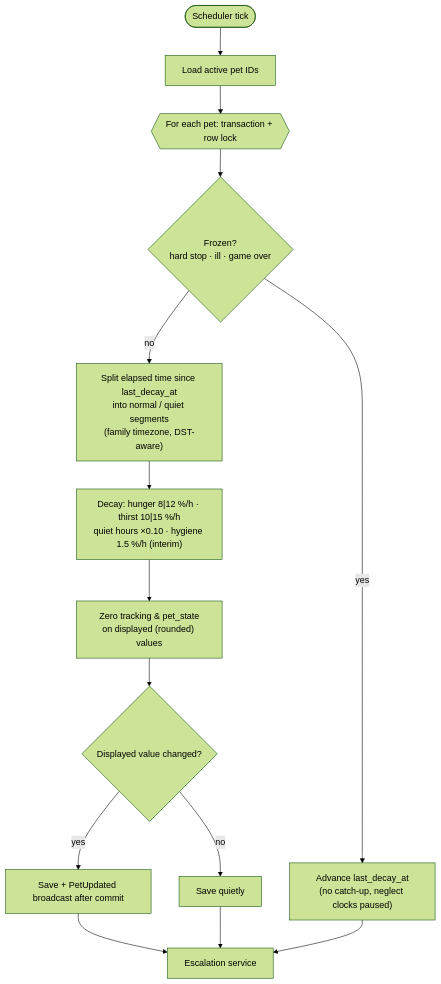
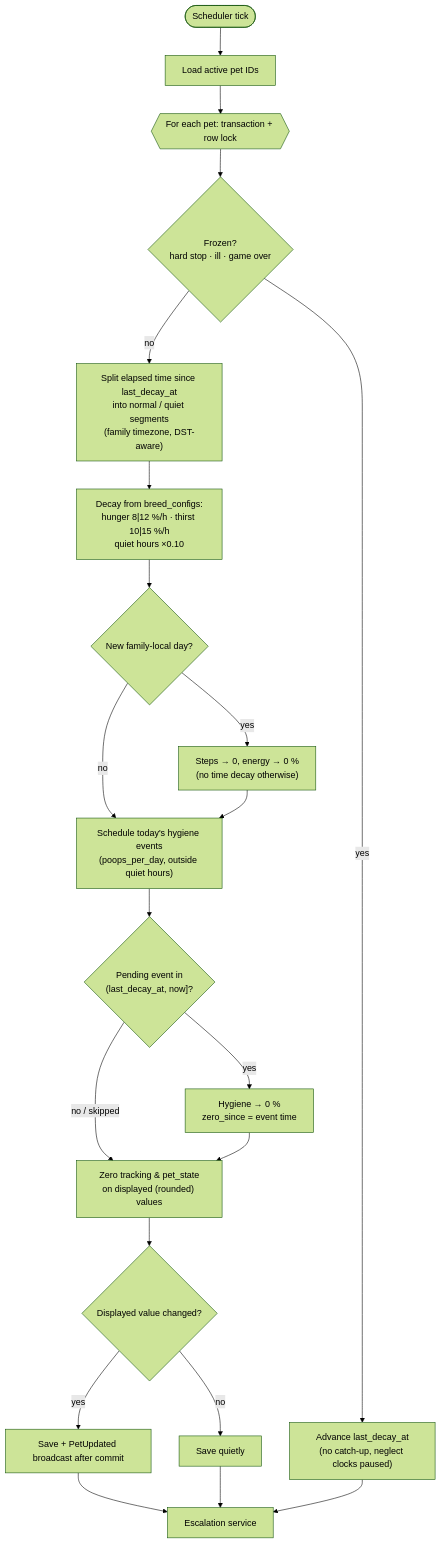
One commit to DataVallis/pet-prep changed the third of 7 diagrams in docs/engineering/DIAGRAMS.md. Above: the diagram before and after it, drawn with Mermaid (forest theme). The commit also changed other lines of this file and 8 other files, not shown here.

First line of the commit message:
docs: energy, hygiene events and breed tunables; open questions on illness loop [M1-04, M1-05, M1-06]

````diff
--- a/docs/engineering/DIAGRAMS.md
+++ b/docs/engineering/DIAGRAMS.md
@@ -71,16 +71,23 @@
 ```mermaid
 flowchart TD
   T([Scheduler tick]) --> IDS[Load active pet IDs]
   IDS --> L{{For each pet: transaction + row lock}}
   L --> F{Frozen?<br/>hard stop · ill · game over}
   F -- yes --> FC["Advance last_decay_at<br/>(no catch-up, neglect clocks paused)"]
   F -- no --> SEG["Split elapsed time since last_decay_at<br/>into normal / quiet segments<br/>(family timezone, DST-aware)"]
-  SEG --> D["Decay: hunger 8|12 %/h · thirst 10|15 %/h<br/>quiet hours ×0.10 · hygiene 1.5 %/h (interim)"]
-  D --> Z["Zero tracking & pet_state<br/>on displayed (rounded) values"]
+  SEG --> D["Decay from breed_configs:<br/>hunger 8|12 %/h · thirst 10|15 %/h<br/>quiet hours ×0.10"]
+  D --> MN{"New family-local day?"}
+  MN -- yes --> RS["Steps → 0, energy → 0 %<br/>(no time decay otherwise)"]
+  MN -- no --> HS
+  RS --> HS["Schedule today's hygiene events<br/>(poops_per_day, outside quiet hours)"]
+  HS --> HA{"Pending event in<br/>(last_decay_at, now]?"}
+  HA -- yes --> H0["Hygiene → 0 %<br/>zero_since = event time"]
+  HA -- "no / skipped" --> Z
+  H0 --> Z["Zero tracking & pet_state<br/>on displayed (rounded) values"]
   Z --> W{Displayed value changed?}
   W -- yes --> B[Save + PetUpdated broadcast after commit]
   W -- no --> QS[Save quietly]
   B --> E
   QS --> E
   FC --> E[Escalation service]
 ```
````
